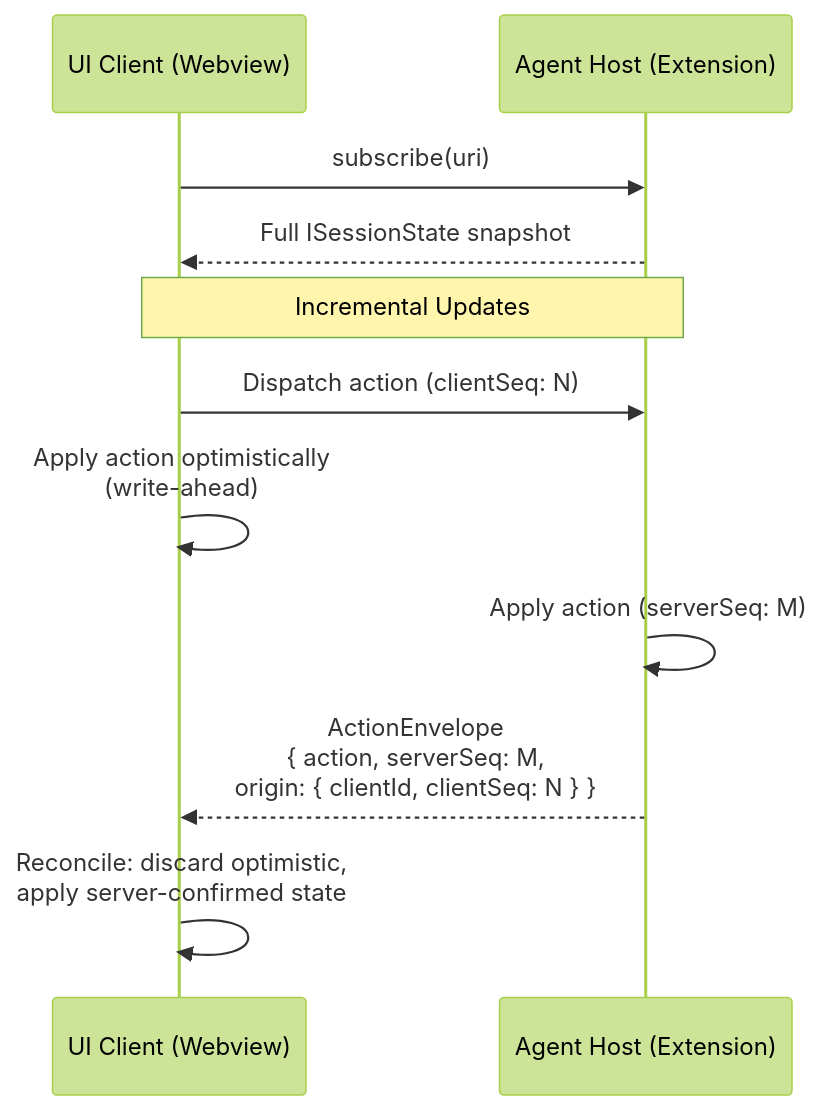
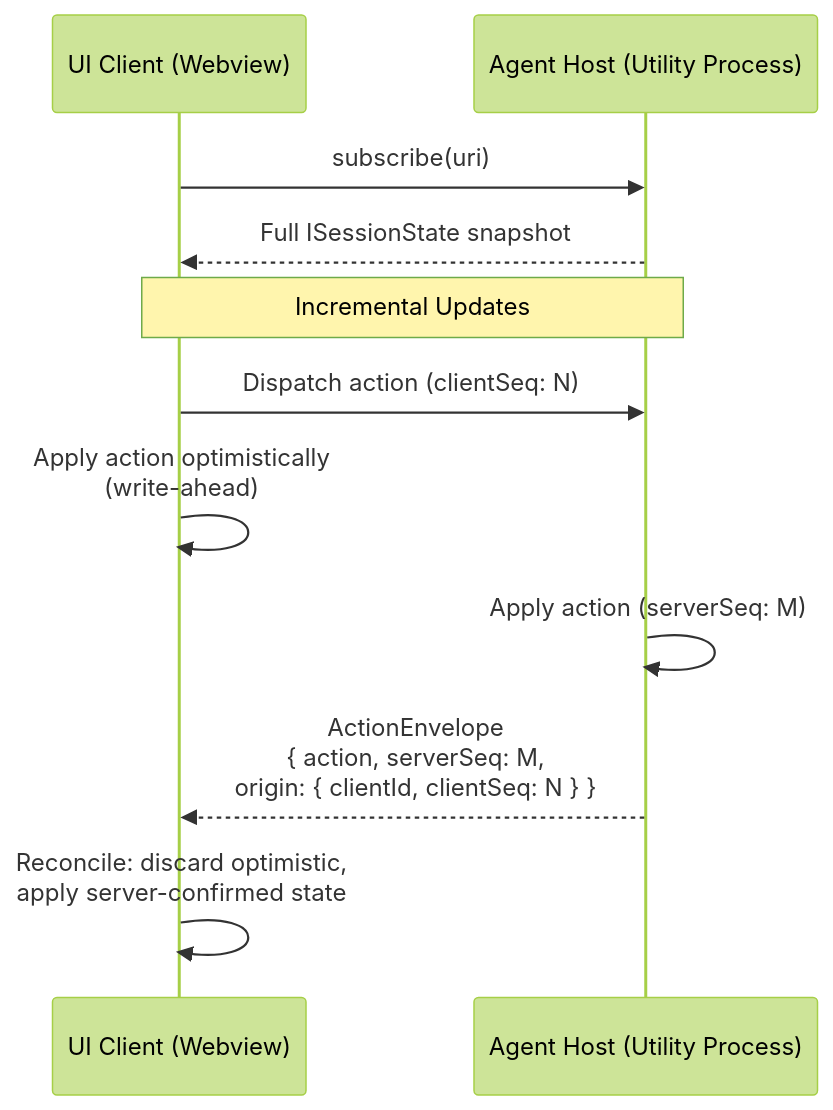
One commit to ming86/vscode changed the sixth of 6 diagrams in .local/docs/copilot-cli-session/03-protocol.md. Above: the diagram before and after it, drawn with Mermaid (forest theme). The commit also changed other lines of this file and 6 other files, not shown here.

````diff
--- a/.local/docs/copilot-cli-session/03-protocol.md
+++ b/.local/docs/copilot-cli-session/03-protocol.md
@@ -229,16 +229,16 @@
 ```mermaid
 sequenceDiagram
     participant Client as UI Client (Webview)
-    participant Server as Agent Host (Extension)
+    participant Server as Agent Host (Utility Process)
 
     Client->>Server: subscribe(uri)
     Server-->>Client: Full ISessionState snapshot
 
     Note over Client,Server: Incremental Updates
 
     Client->>Server: Dispatch action (clientSeq: N)
     Client->>Client: Apply action optimistically<br>(write-ahead)
     Server->>Server: Apply action (serverSeq: M)
     Server-->>Client: ActionEnvelope<br>{ action, serverSeq: M,<br>origin: { clientId, clientSeq: N } }
     Client->>Client: Reconcile: discard optimistic,<br>apply server-confirmed state
 ```
````
